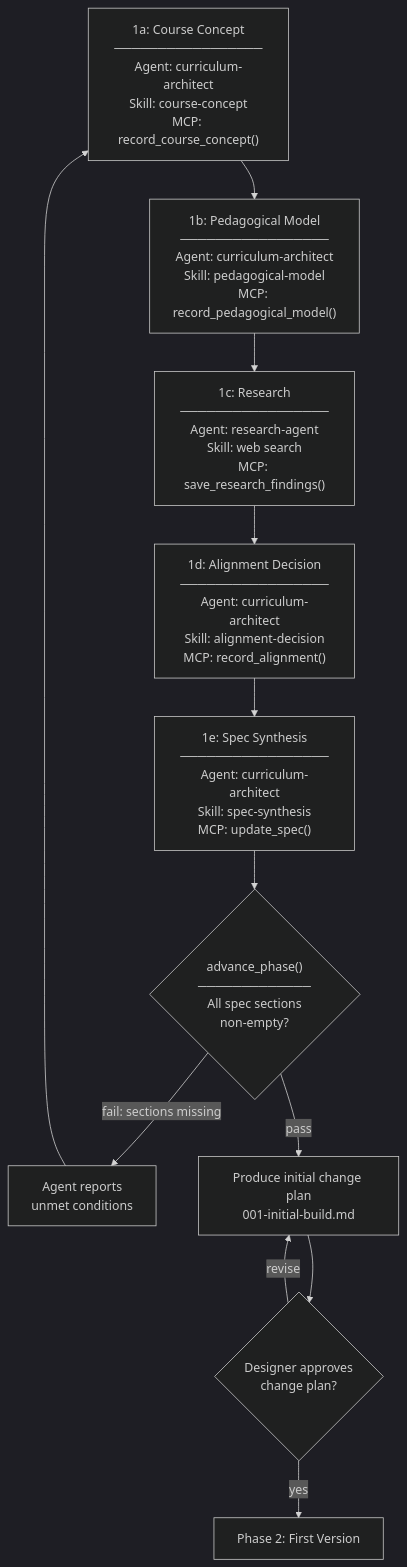
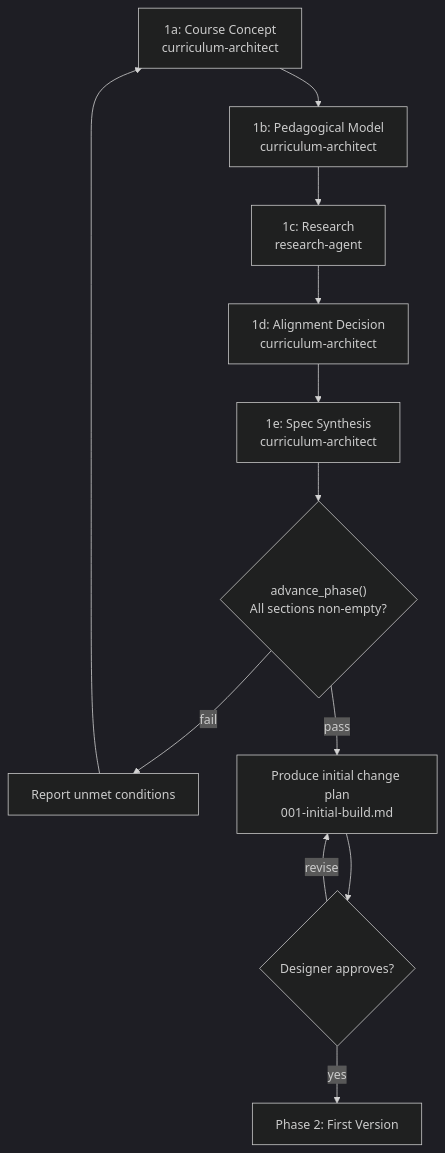
One commit to league-infrastructure/curik changed the second of 6 diagrams in docs/curik-mcp-server-spec.md. Above: the diagram before and after it, drawn with Mermaid (dark theme). The commit also changed other lines of this file and 1 other file, not shown here.

Commit message:
docs: add MCP server spec, remove outdated v1 project plan

````diff
--- a/docs/curik-mcp-server-spec.md
+++ b/docs/curik-mcp-server-spec.md
@@ -359,19 +383,14 @@
 ```mermaid
 flowchart TD
-    A["1a: Course Concept\n─────────────────\nAgent: curriculum-architect\nSkill: course-concept\nMCP: record_course_concept()"] --> B["1b: Pedagogical Model\n─────────────────\nAgent: curriculum-architect\nSkill: pedagogical-model\nMCP: record_pedagogical_model()"]
-    
-    B --> C["1c: Research\n─────────────────\nAgent: research-agent\nSkill: web search\nMCP: save_research_findings()"]
-    
-    C --> D["1d: Alignment Decision\n─────────────────\nAgent: curriculum-architect\nSkill: alignment-decision\nMCP: record_alignment()"]
-    
-    D --> E["1e: Spec Synthesis\n─────────────────\nAgent: curriculum-architect\nSkill: spec-synthesis\nMCP: update_spec()"]
-    
-    E --> F{"advance_phase()\n─────────────\nAll spec sections\nnon-empty?"}
-    
-    F -->|"fail: sections missing"| G[Agent reports\nunmet conditions]
+    A["1a: Course Concept<br/>curriculum-architect"] --> B["1b: Pedagogical Model<br/>curriculum-architect"]
+    B --> C["1c: Research<br/>research-agent"]
+    C --> D["1d: Alignment Decision<br/>curriculum-architect"]
+    D --> E["1e: Spec Synthesis<br/>curriculum-architect"]
+    E --> F{"advance_phase()<br/>All sections non-empty?"}
+    F -->|fail| G[Report unmet conditions]
     G --> A
-    F -->|"pass"| H[Produce initial change plan\n001-initial-build.md]
-    H --> I{Designer approves\nchange plan?}
+    F -->|pass| H["Produce initial change plan<br/>001-initial-build.md"]
+    H --> I{Designer approves?}
     I -->|yes| J[Phase 2: First Version]
     I -->|revise| H
 ```
````
